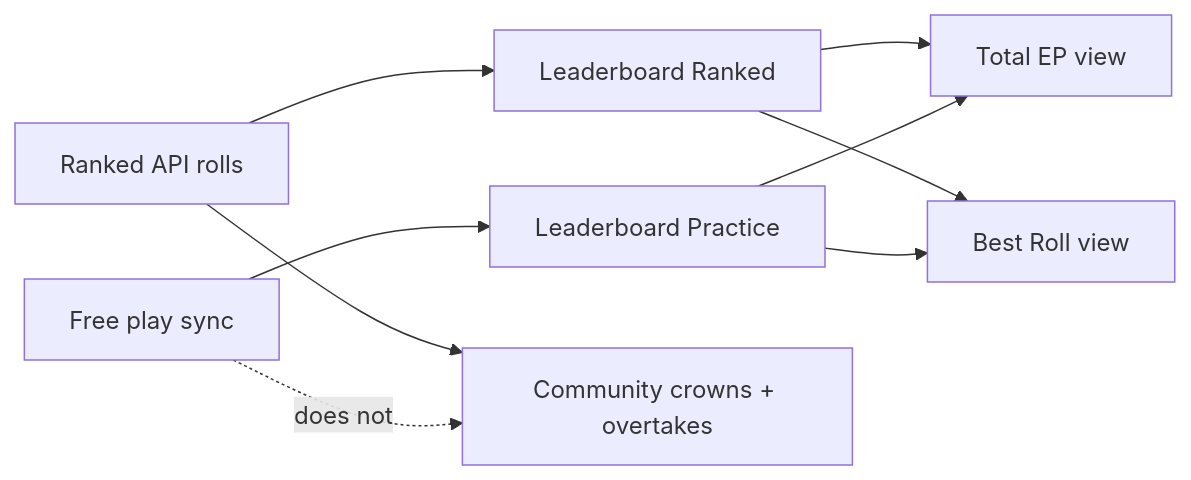
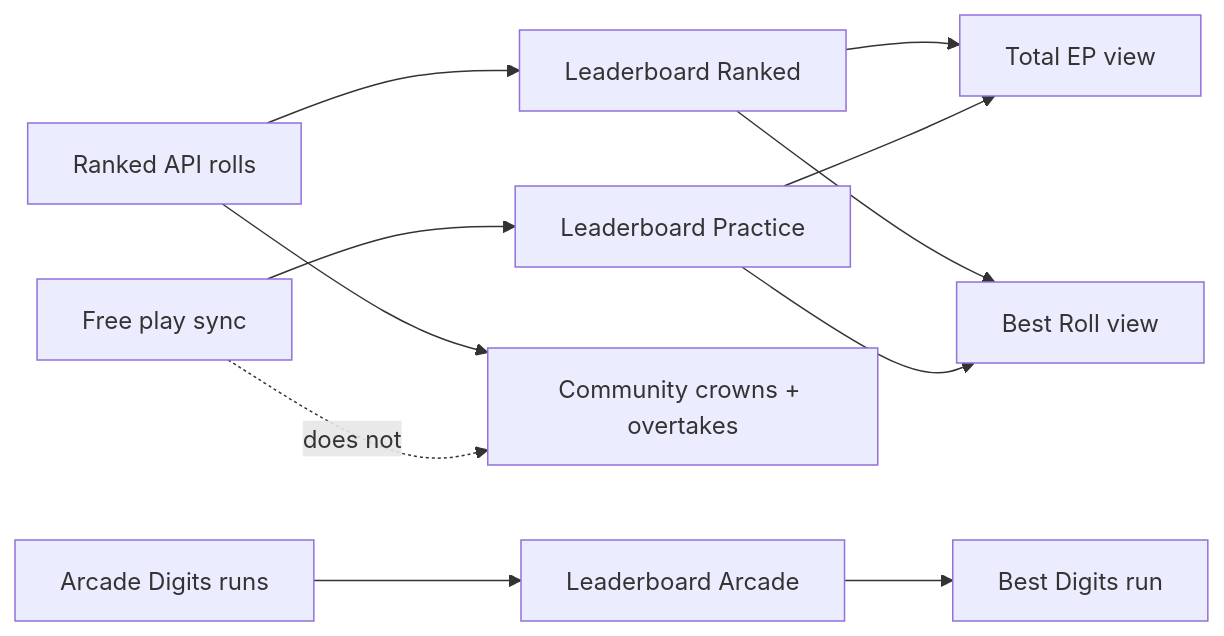
One commit to jondmarien/rngdle-unlocked changed the fourth of 6 diagrams in docs/ARCHITECTURE.md. Above: the diagram before and after it, drawn with Mermaid. The commit also changed other lines of this file and 12 other files, not shown here.

````diff
--- a/docs/ARCHITECTURE.md
+++ b/docs/ARCHITECTURE.md
@@ -126,11 +127,13 @@
 ```mermaid
 flowchart LR
   Free[Free play sync] --> Practice[Leaderboard Practice]
   Ranked[Ranked API rolls] --> RankedBoard[Leaderboard Ranked]
   Ranked --> Crowns[Community crowns + overtakes]
   Free -.->|does not| Crowns
   RankedBoard --> TotalEP[Total EP view]
   RankedBoard --> BestRoll[Best Roll view]
   Practice --> TotalEP
   Practice --> BestRoll
+  ArcadeRuns[Arcade Digits runs] --> ArcadeBoard[Leaderboard Arcade]
+  ArcadeBoard --> BestDigits[Best Digits run]
 ```
````
